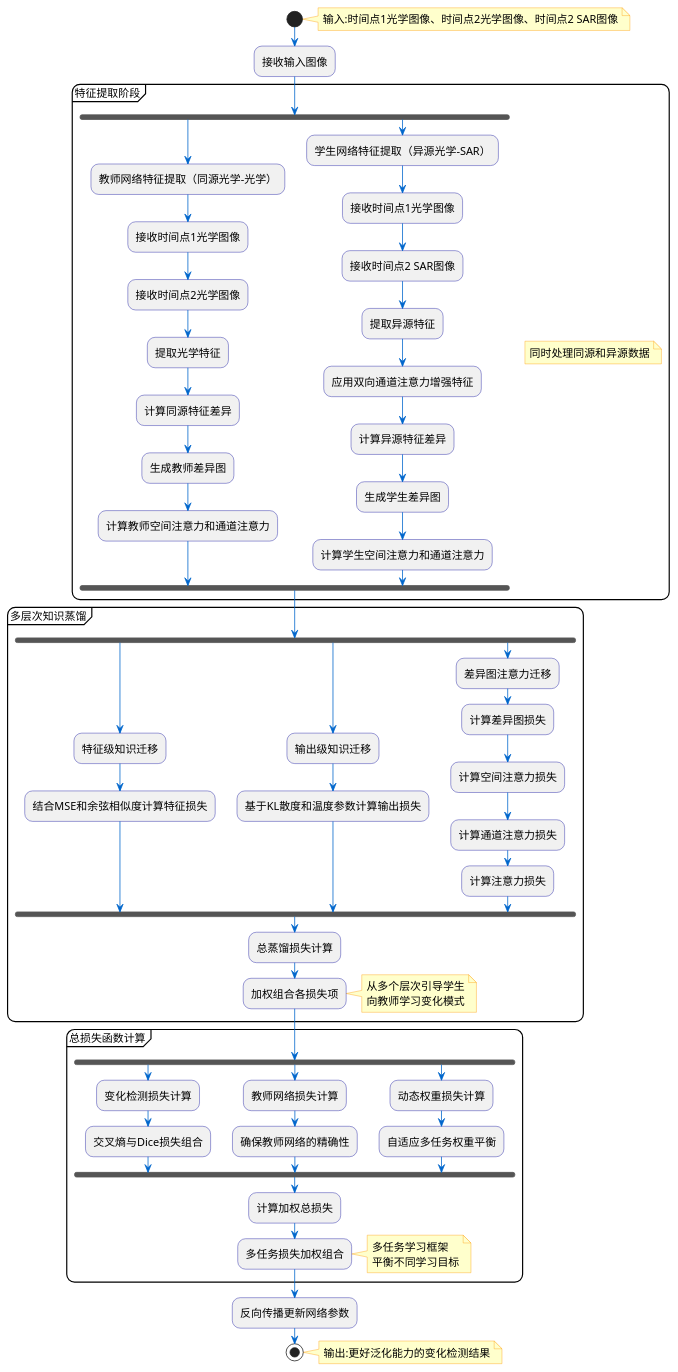
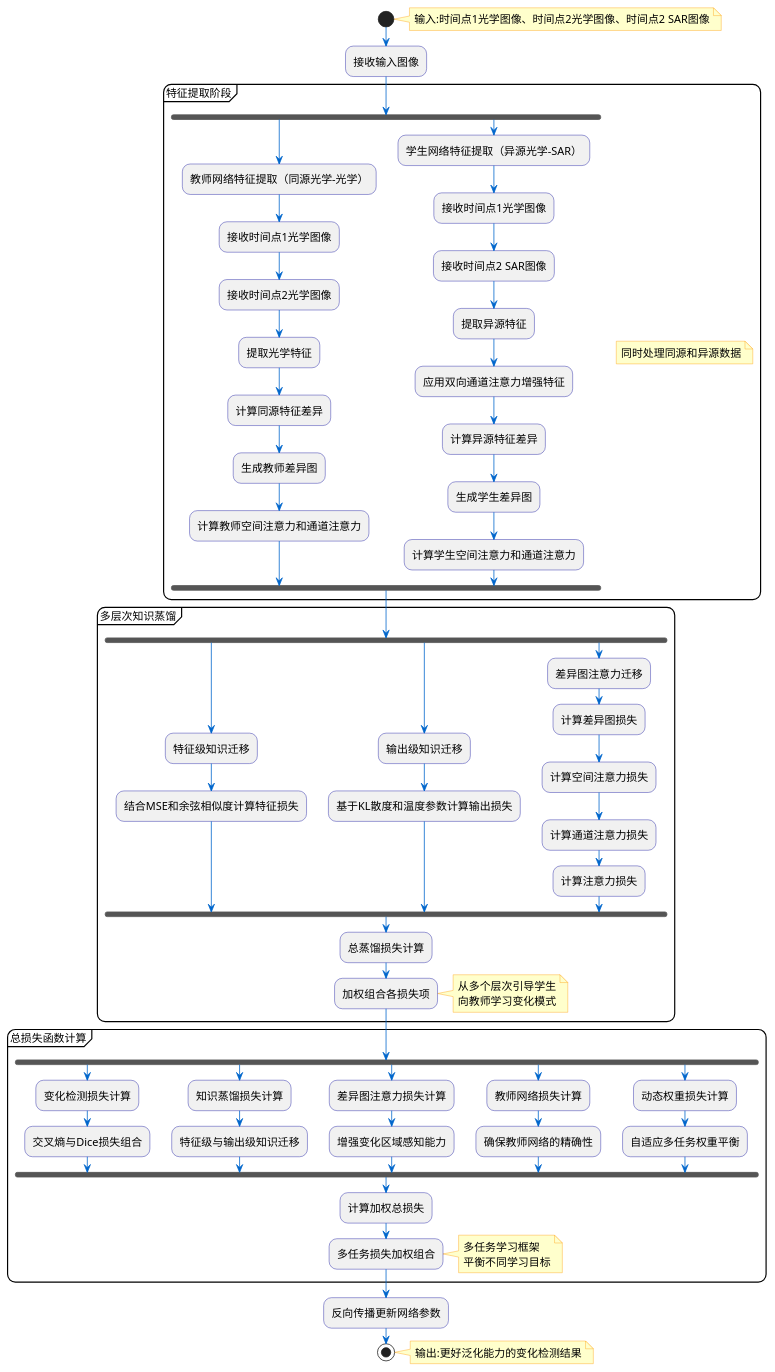
Before and after one commit to Mriris/HeteroCD-GOLD: the diagram in doc/image/在线蒸馏/在线蒸馏流程图.puml, drawn with PlantUML. The commit also changed 7 other files, not shown here.

Commit message:
流程图模块化

```diff
--- a/doc/image/在线蒸馏/在线蒸馏流程图.puml
+++ b/doc/image/在线蒸馏/在线蒸馏流程图.puml
@@ -1,80 +1,86 @@
 @startuml
 skinparam backgroundColor white
 skinparam roundcorner 20
 skinparam ArrowColor #0066CC
 skinparam ActivityBorderColor #000099
 skinparam ActivityFontSize 14
 skinparam noteBorderColor #FF9900
 skinparam noteFontSize 14
 skinparam noteBackgroundColor #FFFFCC
 
 start
 note right: 输入:时间点1光学图像、时间点2光学图像、时间点2 SAR图像
 
 :接收输入图像;
 
 partition "特征提取阶段" {
   fork
     :教师网络特征提取（同源光学-光学）;
     :接收时间点1光学图像;
     :接收时间点2光学图像;
     :提取光学特征;
     :计算同源特征差异;
     :生成教师差异图;
     :计算教师空间注意力和通道注意力;
   fork again
     :学生网络特征提取（异源光学-SAR）;
     :接收时间点1光学图像;
     :接收时间点2 SAR图像;
     :提取异源特征;
     :应用双向通道注意力增强特征;
     :计算异源特征差异;
     :生成学生差异图;
     :计算学生空间注意力和通道注意力;
   end fork
 }
 note right: 同时处理同源和异源数据
 
 partition "多层次知识蒸馏" {
   fork
     :特征级知识迁移;
     :结合MSE和余弦相似度计算特征损失;
   fork again
     :输出级知识迁移;
     :基于KL散度和温度参数计算输出损失;
   fork again
     :差异图注意力迁移;
     :计算差异图损失;
     :计算空间注意力损失;
     :计算通道注意力损失;
     :计算注意力损失;
   end fork
   
   :总蒸馏损失计算;
   :加权组合各损失项;
 }
 note right: 从多个层次引导学生\n向教师学习变化模式
 
 partition "总损失函数计算" {
   fork
     :变化检测损失计算;
     :交叉熵与Dice损失组合;
   fork again
+    :知识蒸馏损失计算;
+    :特征级与输出级知识迁移;
+  fork again
+    :差异图注意力损失计算;
+    :增强变化区域感知能力;
+  fork again
     :教师网络损失计算;
     :确保教师网络的精确性;
   fork again
     :动态权重损失计算;
     :自适应多任务权重平衡;
   end fork
   
   :计算加权总损失;
   :多任务损失加权组合;
 }
 note right: 多任务学习框架\n平衡不同学习目标
 
 :反向传播更新网络参数;
 
 stop
 
 note right: 输出:更好泛化能力的变化检测结果
 @enduml 
```
